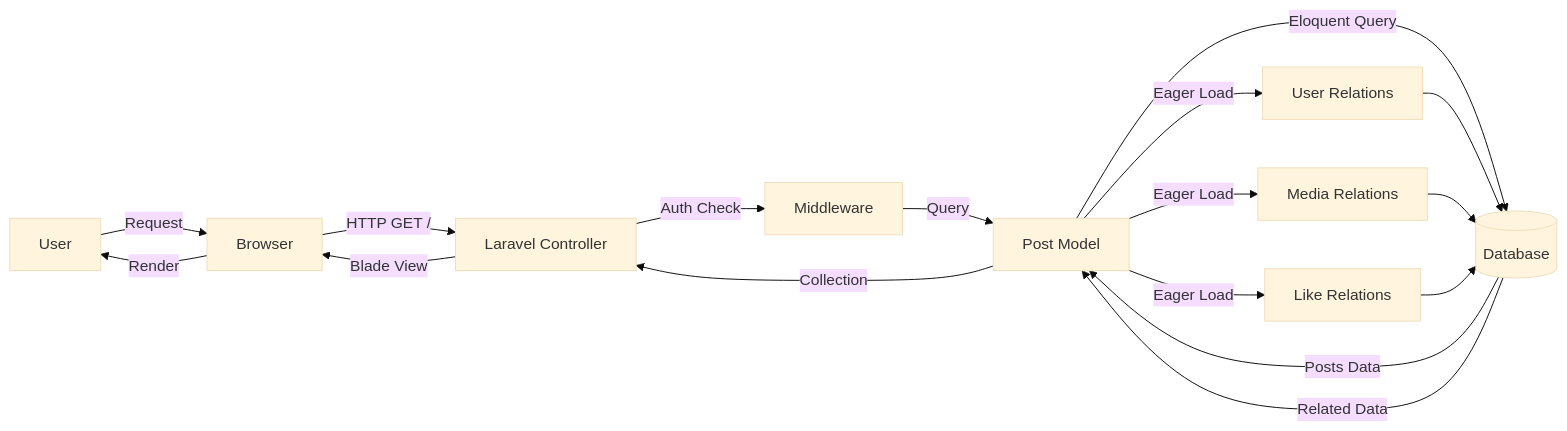
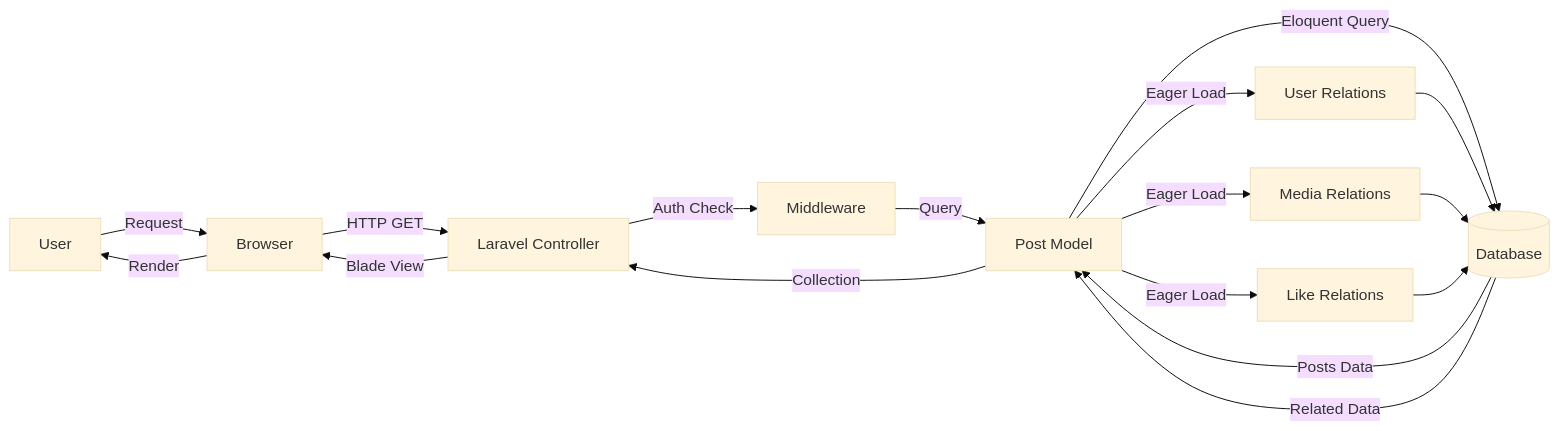
Before and after one commit to vd120/laravel_project: diagram 25 of 29 in UML.md, drawn with Mermaid (base theme). The commit also changed other lines of this file, not shown here.

````diff
--- a/UML.md
+++ b/UML.md
@@ -1267,19 +1247,19 @@
 ```mermaid
 flowchart LR
     U[User] -->|Request| B[Browser]
-    B -->|HTTP GET /| LC[Laravel Controller]
+    B -->|HTTP GET| LC[Laravel Controller]
     LC -->|Auth Check| M[Middleware]
     M -->|Query| PM[Post Model]
     PM -->|Eloquent Query| DB[(Database)]
     DB -->|Posts Data| PM
     PM -->|Eager Load| UR[User Relations]
     PM -->|Eager Load| MR[Media Relations]
     PM -->|Eager Load| LR[Like Relations]
     UR --> DB
     MR --> DB
     LR --> DB
     DB -->|Related Data| PM
     PM -->|Collection| LC
     LC -->|Blade View| B
     B -->|Render| U
 ```
````
